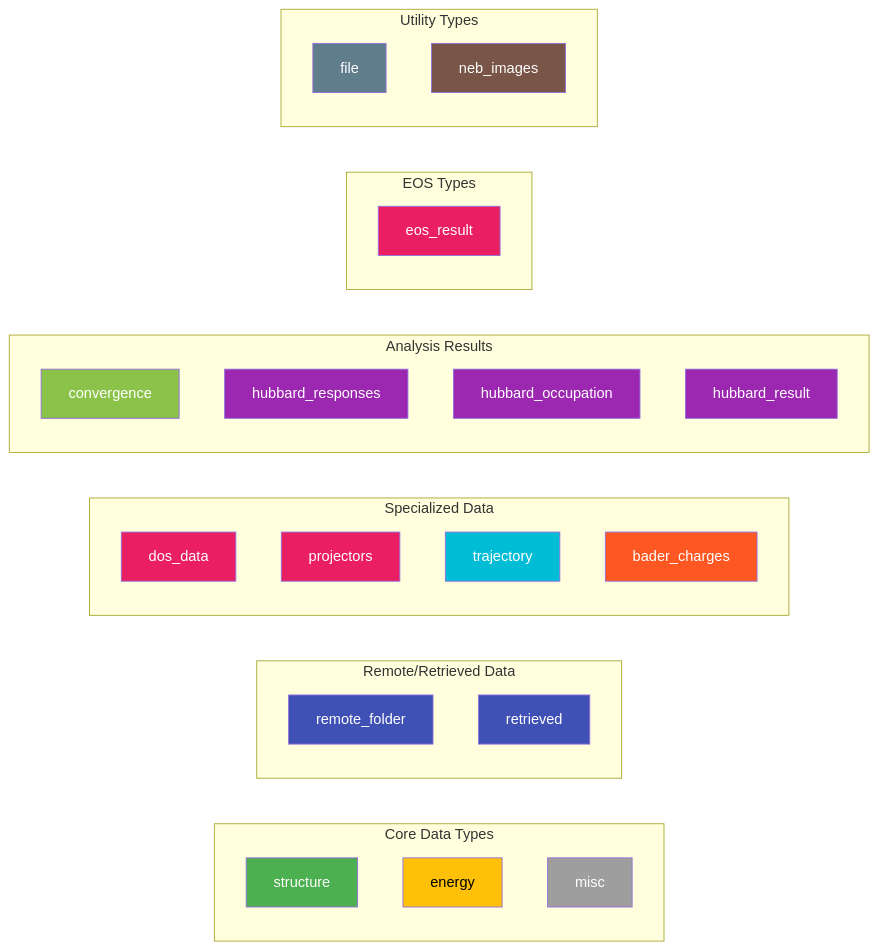
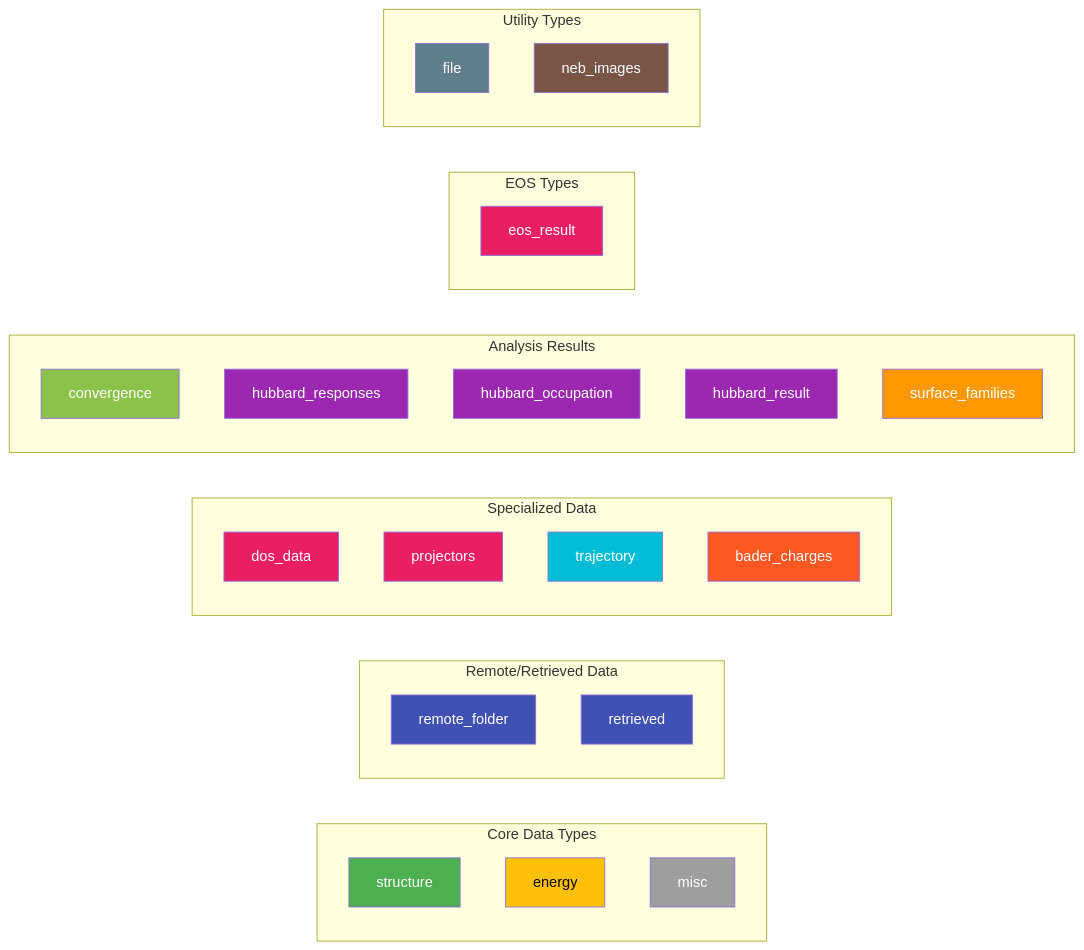
Before and after one commit to DoriniTT/quantum-lego: the second of 13 diagrams in docs/BRICK_CONNECTIONS.md, drawn with Mermaid. The commit also changed other lines of this file and 16 other files, not shown here.

````diff
--- a/docs/BRICK_CONNECTIONS.md
+++ b/docs/BRICK_CONNECTIONS.md
@@ -79,53 +79,55 @@
 ```mermaid
 graph LR
     subgraph "Core Data Types"
         S[structure]
         E[energy]
         M[misc]
     end
 
     subgraph "Remote/Retrieved Data"
         RF[remote_folder]
         RET[retrieved]
     end
 
     subgraph "Specialized Data"
         DOS[dos_data]
         PROJ[projectors]
         TRAJ[trajectory]
         BC[bader_charges]
     end
 
     subgraph "Analysis Results"
         CONV[convergence]
         HR[hubbard_responses]
         HO[hubbard_occupation]
         HRES[hubbard_result]
+        SF[surface_families]
     end
 
     subgraph "EOS Types"
         EOS_R[eos_result]
     end
 
     subgraph "Utility Types"
         FILE[file]
         NEB_I[neb_images]
     end
 
     style S fill:#4CAF50,color:#fff
     style E fill:#FFC107,color:#000
     style M fill:#9E9E9E,color:#fff
     style RF fill:#3F51B5,color:#fff
     style RET fill:#3F51B5,color:#fff
     style DOS fill:#E91E63,color:#fff
     style PROJ fill:#E91E63,color:#fff
     style TRAJ fill:#00BCD4,color:#fff
     style BC fill:#FF5722,color:#fff
     style CONV fill:#8BC34A,color:#fff
     style HR fill:#9C27B0,color:#fff
     style HO fill:#9C27B0,color:#fff
     style HRES fill:#9C27B0,color:#fff
+    style SF fill:#FF9800,color:#fff
     style FILE fill:#607D8B,color:#fff
     style NEB_I fill:#795548,color:#fff
     style EOS_R fill:#E91E63,color:#fff
 ```
````
